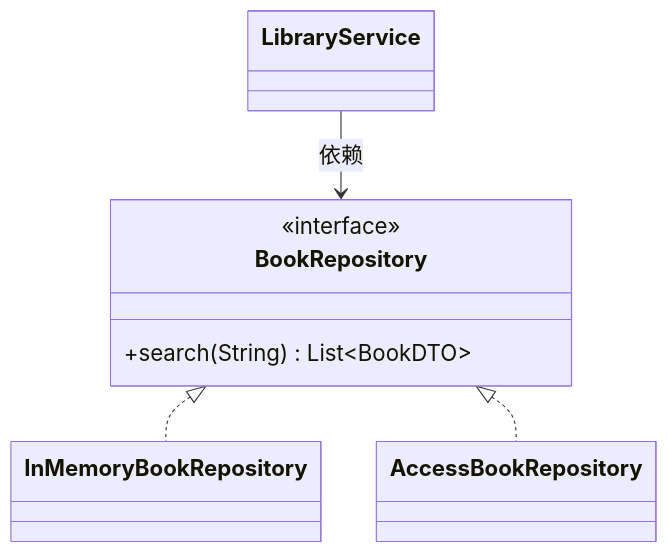
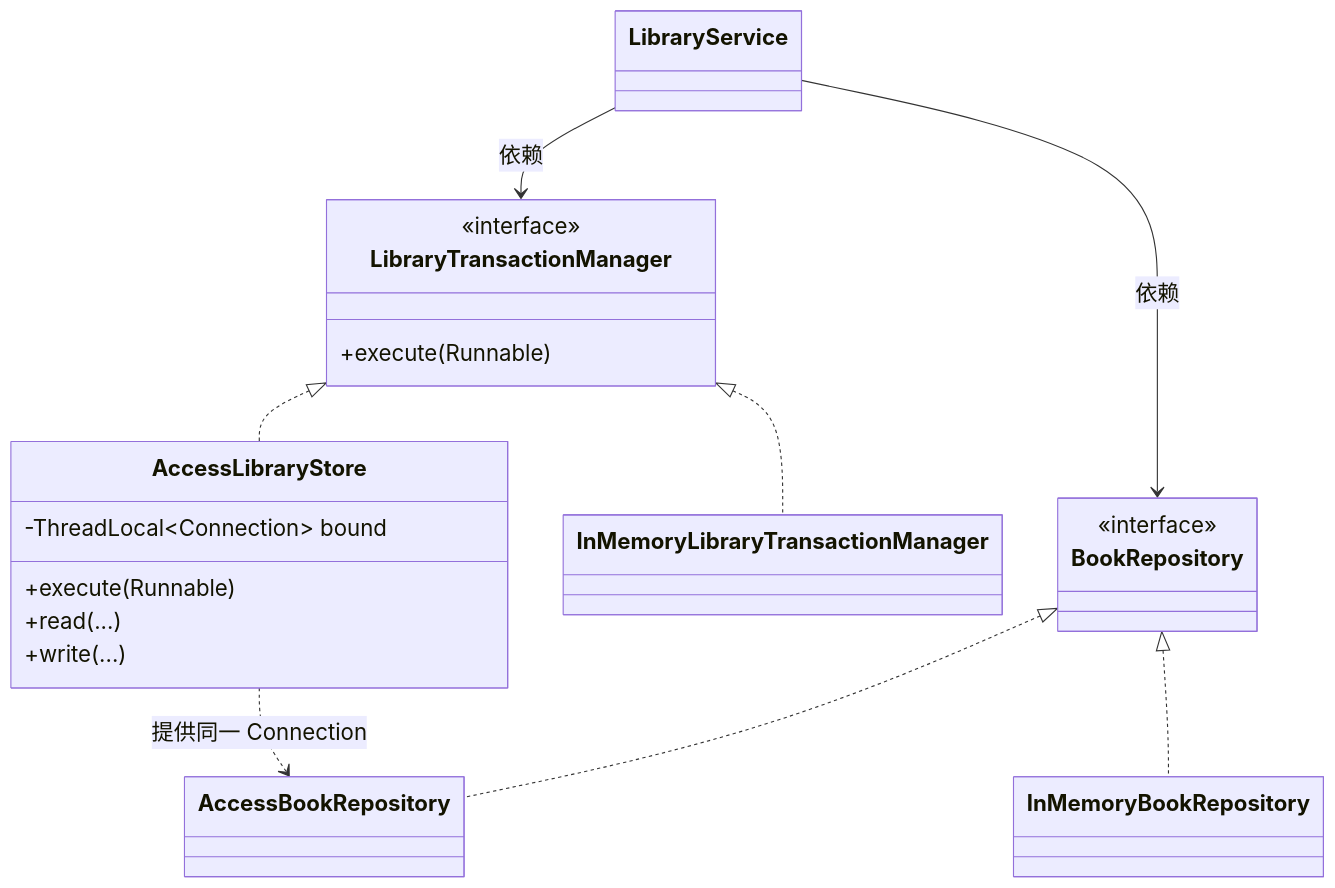
Before and after one commit to qlaxyy/JAVA-Campus-software: the seventh of 7 diagrams in docs/modules/library-uml.md, drawn with Mermaid. The commit also changed other lines of this file and 4 other files, not shown here.

````diff
--- a/docs/modules/library-uml.md
+++ b/docs/modules/library-uml.md
@@ -398,15 +570,31 @@
 ```mermaid
 %%{init: {"themeVariables": {"fontSize": "20px"}}}%%
 classDiagram
+direction TB
+
+class LibraryService
+class LibraryTransactionManager {
+    <<interface>>
+    +execute(Runnable)
+}
+class AccessLibraryStore {
+    -ThreadLocal~Connection~ bound
+    +execute(Runnable)
+    +read(...)
+    +write(...)
+}
+class InMemoryLibraryTransactionManager
 class BookRepository {
     <<interface>>
-    +search(String) List~BookDTO~
 }
+class AccessBookRepository
 class InMemoryBookRepository
-class AccessBookRepository
-class LibraryService
 
+LibraryService --> LibraryTransactionManager : 依赖
 LibraryService --> BookRepository : 依赖
+LibraryTransactionManager <|.. AccessLibraryStore
+LibraryTransactionManager <|.. InMemoryLibraryTransactionManager
+BookRepository <|.. AccessBookRepository
 BookRepository <|.. InMemoryBookRepository
-BookRepository <|.. AccessBookRepository
+AccessLibraryStore ..> AccessBookRepository : 提供同一 Connection
 ```
````
